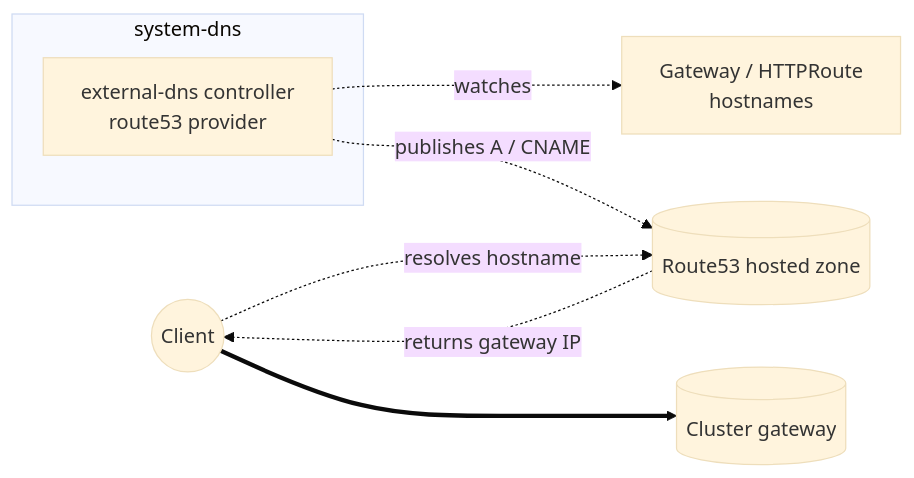
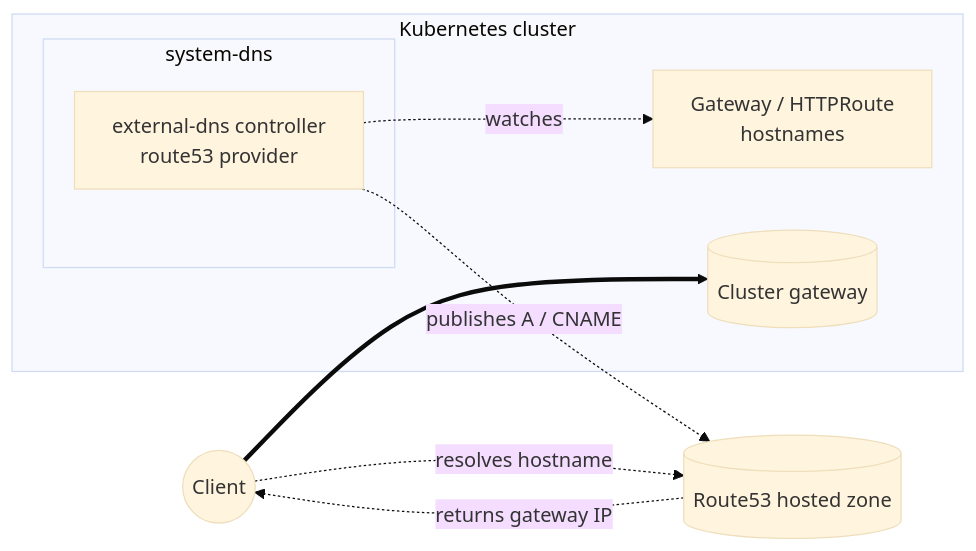
Before and after one commit to windsorcli/core: the first of 3 diagrams in kustomize/dns/README.md, drawn with Mermaid (base theme). The commit also changed other lines of this file and 35 other files, not shown here.

````diff
--- a/kustomize/dns/README.md
+++ b/kustomize/dns/README.md
@@ -34,17 +37,19 @@
 ```mermaid
 flowchart LR
   client((Client))
+  zone[(Route53 hosted zone)]
 
-  subgraph systemdns[system-dns]
-    edns[external-dns controller<br/>route53 provider]
+  subgraph cluster[Kubernetes cluster]
+    subgraph systemdns[system-dns]
+      edns[external-dns controller<br/>route53 provider]
+    end
+
+    gateways[Gateway / HTTPRoute<br/>hostnames]
+    gw[(Cluster gateway)]
   end
-
-  gateways[Gateway / HTTPRoute<br/>hostnames]
-  zone[(Route53 hosted zone)]
-  gw[(Cluster gateway)]
 
   edns -. watches .-> gateways
   edns -. publishes A / CNAME .-> zone
   client -. resolves hostname .-> zone -. returns gateway IP .-> client
   client ==> gw
 ```
````
